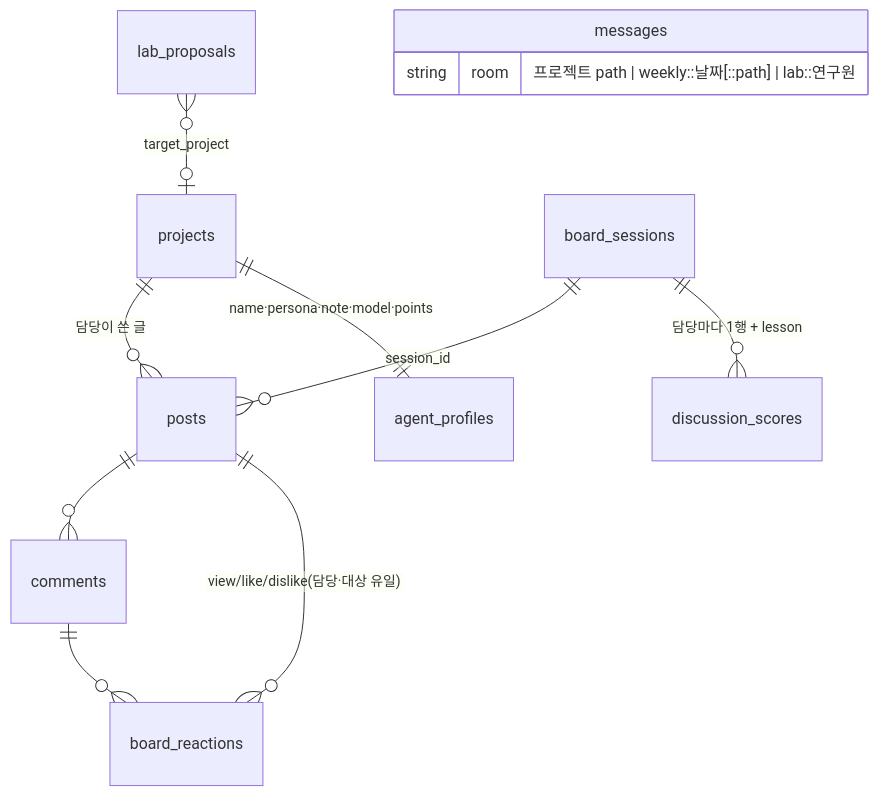
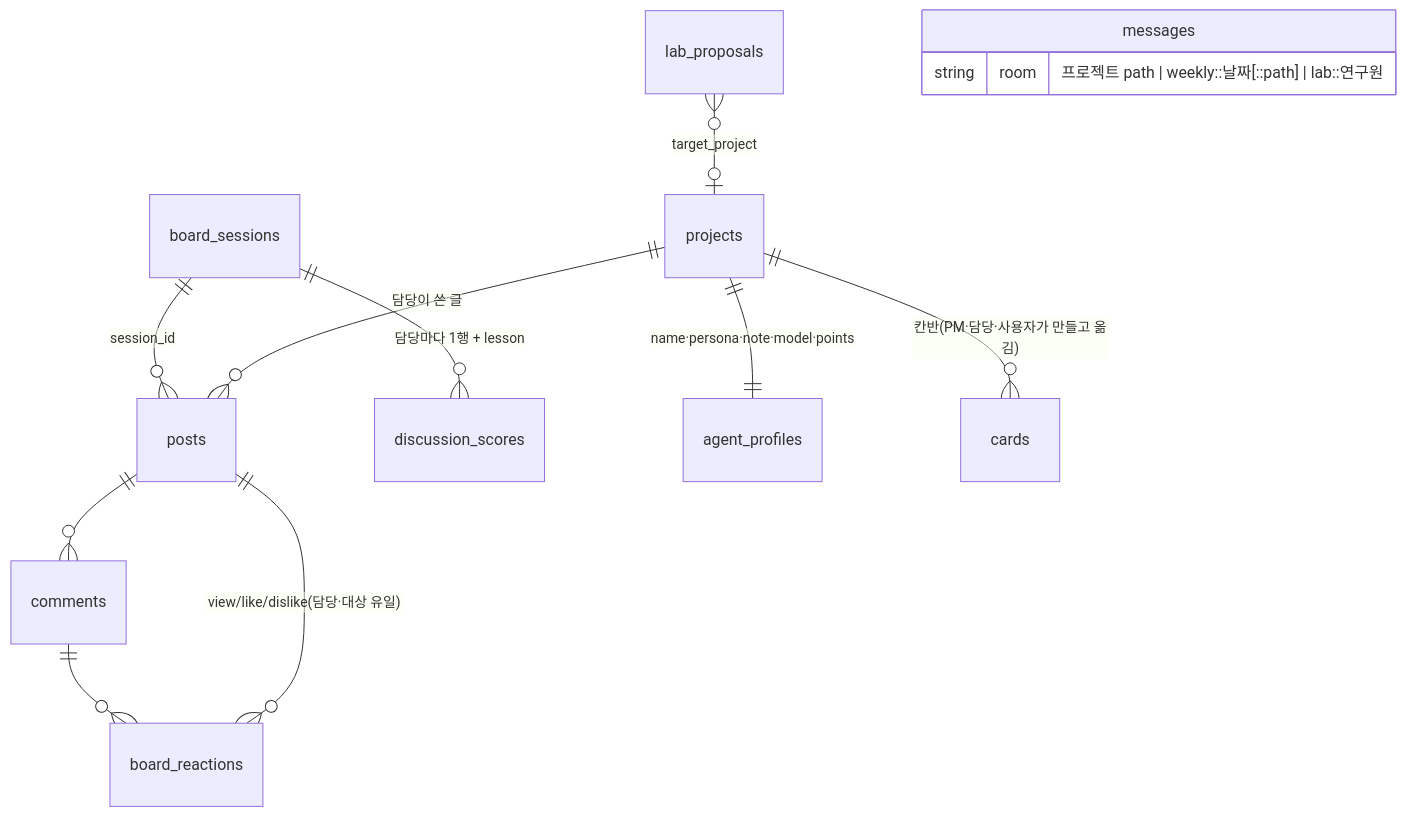
One commit to merryiscat/ohmypm changed the third of 3 diagrams in docs/design.md. Above: the diagram before and after it, drawn with Mermaid. The commit also changed other lines of this file and 18 other files, not shown here.

````diff
--- a/docs/design.md
+++ b/docs/design.md
@@ -50,14 +50,15 @@
 ```mermaid
 erDiagram
   projects ||--o{ posts : "담당이 쓴 글"
   posts ||--o{ comments : ""
   posts ||--o{ board_reactions : "view/like/dislike(담당·대상 유일)"
   comments ||--o{ board_reactions : ""
   board_sessions ||--o{ posts : "session_id"
   board_sessions ||--o{ discussion_scores : "담당마다 1행 + lesson"
   projects ||--|| agent_profiles : "name·persona·note·model·points"
   lab_proposals }o--o| projects : "target_project"
+  projects ||--o{ cards : "칸반(PM·담당·사용자가 만들고 옮김)"
   messages {
     string room "프로젝트 path | weekly::날짜[::path] | lab::연구원"
   }
 ```
````
